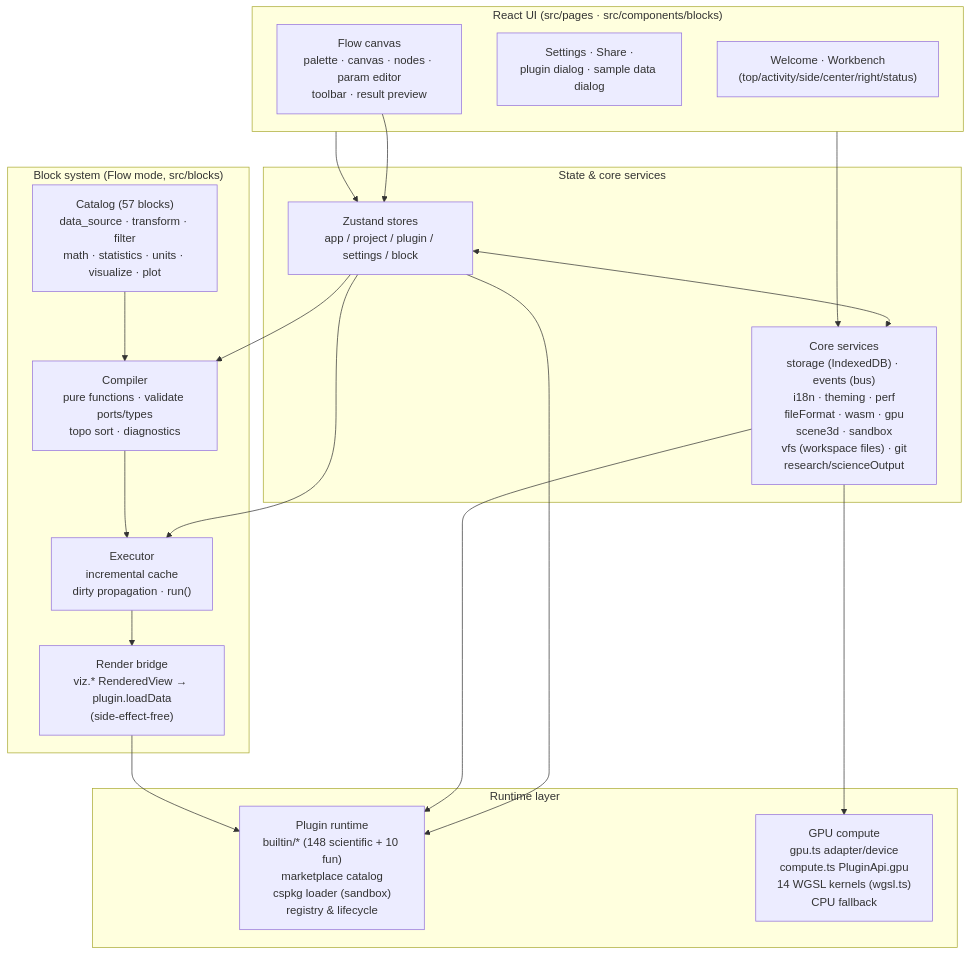
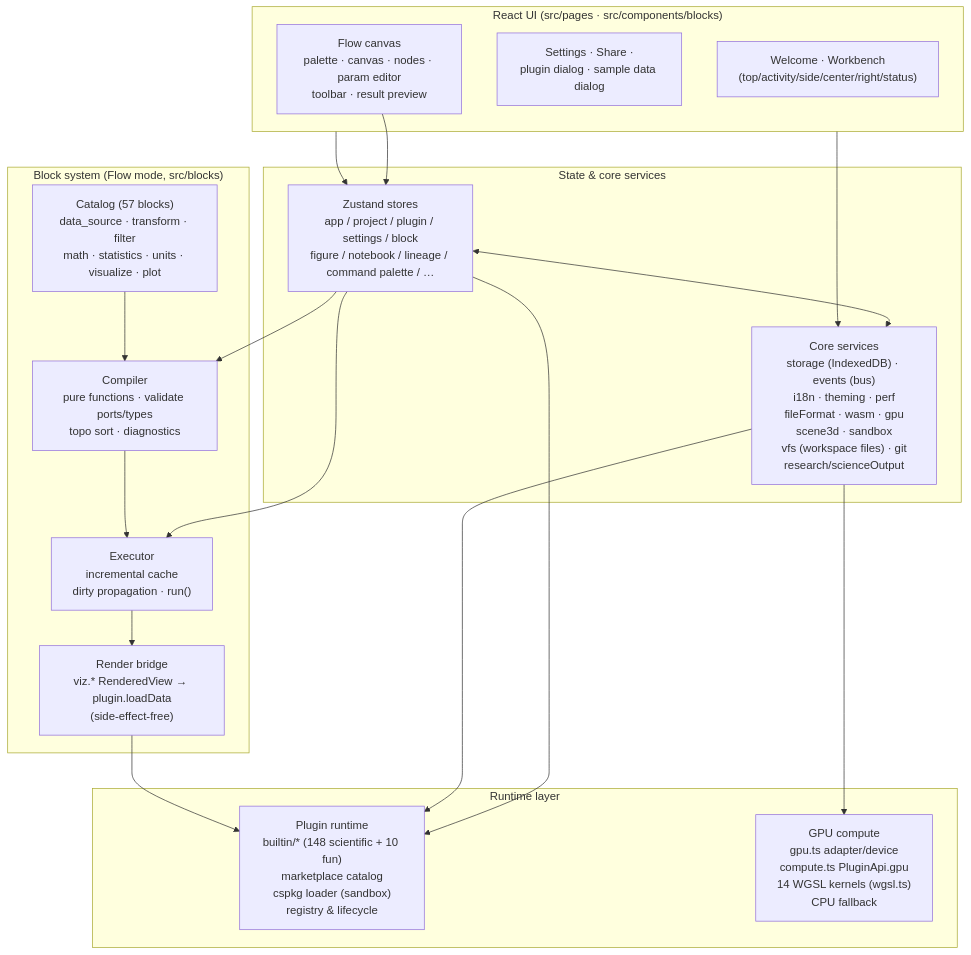
Before and after one commit to SnowLeopard-io/ErgalicsStudio: the diagram in README.md, drawn with Mermaid. The commit also changed other lines of this file and 1 other file, not shown here.

````diff
--- a/README.md
+++ b/README.md
@@ -192,39 +193,39 @@
 ```mermaid
 flowchart TB
     subgraph UI["React UI (src/pages · src/components/blocks)"]
         A1["Welcome · Workbench<br/>(top/activity/side/center/right/status)"]
         A2["Settings · Share ·<br/>plugin dialog · sample data dialog"]
         A3["Flow canvas<br/>palette · canvas · nodes · param editor<br/>toolbar · result preview"]
     end
 
     subgraph State["State & core services"]
-        B1["Zustand stores<br/>app / project / plugin / settings / block"]
+        B1["Zustand stores<br/>app / project / plugin / settings / block<br/>figure / notebook / lineage / command palette / …"]
         B2["Core services<br/>storage (IndexedDB) · events (bus)<br/>i18n · theming · perf<br/>fileFormat · wasm · gpu<br/>scene3d · sandbox<br/>vfs (workspace files) · git<br/>research/scienceOutput"]
     end
 
     subgraph Blocks["Block system (Flow mode, src/blocks)"]
         D1["Catalog (57 blocks)<br/>data_source · transform · filter<br/>math · statistics · units · visualize · plot"]
         D2["Compiler<br/>pure functions · validate ports/types<br/>topo sort · diagnostics"]
         D3["Executor<br/>incremental cache<br/>dirty propagation · run()"]
         D4["Render bridge<br/>viz.* RenderedView → plugin.loadData<br/>(side-effect-free)"]
     end
 
     subgraph Runtime["Runtime layer"]
         C1["Plugin runtime<br/>builtin/* (148 scientific + 10 fun)<br/>marketplace catalog<br/>cspkg loader (sandbox)<br/>registry & lifecycle"]
         C2["GPU compute<br/>gpu.ts adapter/device<br/>compute.ts PluginApi.gpu<br/>14 WGSL kernels (wgsl.ts)<br/>CPU fallback"]
     end
 
     UI --> B1
     UI --> B2
     B1 <--> B2
     B1 --> C1
     B2 --> C1
     B2 --> C2
     A3 --> B1
     B1 --> D2
     B1 --> D3
     D2 --> D3
     D1 --> D2
     D3 --> D4
     D4 --> C1
 ```
````
